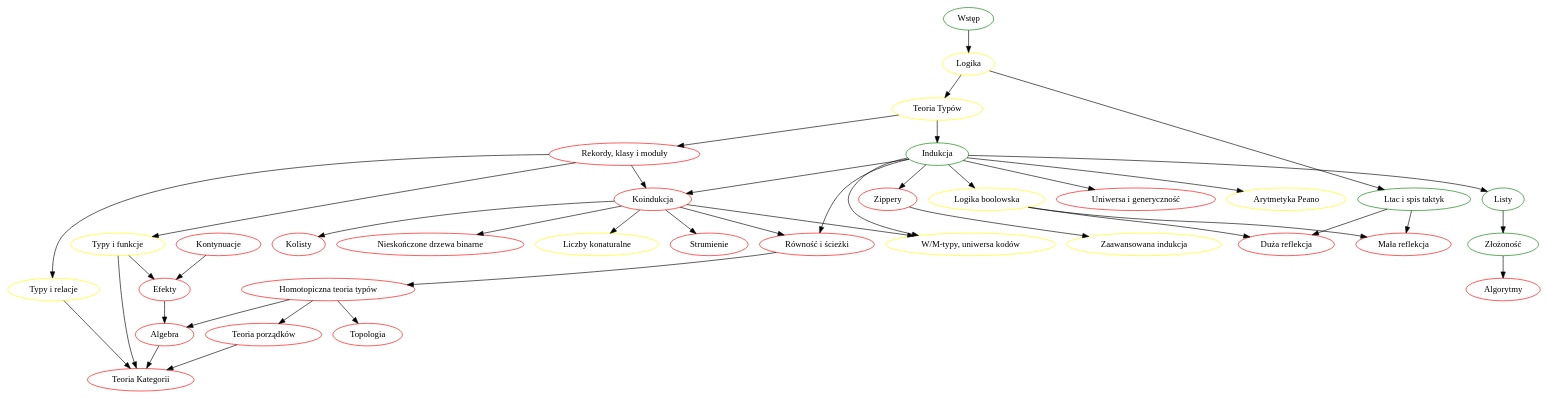
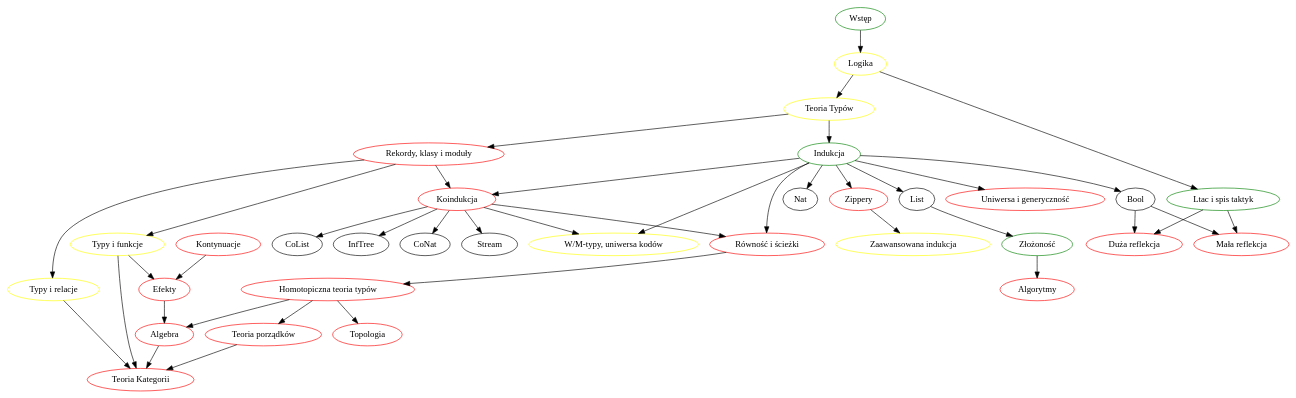
Before and after one commit to wkolowski/Typonomikon: the diagram in txt/plany/plan.dot, drawn with Graphviz. The commit also changed 29 other files, not shown here.

```diff
--- a/txt/plany/plan.dot
+++ b/txt/plany/plan.dot
@@ -1,83 +1,83 @@
 digraph
 {
   Wstęp             [label = "Wstęp", color = green]
   
   Logika            [label = "Logika", color = yellow]
   
   TeoriaTypów       [label = "Teoria Typów", color = yellow]
 
   Indukcja1         [label = "Indukcja", color = green]
   Indukcja2         [label = "Zippery", color = red]
   Indukcja3         [label = "Zaawansowana indukcja", color = yellow]
 
-  Bool              [label = "Logika boolowska", color = yellow]
-  Nat               [label = "Arytmetyka Peano", color = yellow]
-  List              [label = "Listy", color = green]
+  //Bool              [label = "Logika boolowska", color = yellow]
+  //Nat               [label = "Arytmetyka Peano", color = yellow]
+  //List              [label = "Listy", color = green]
 
   Moduły            [label = "Rekordy, klasy i moduły", color = red]
   Funkcje           [label = "Typy i funkcje", color = yellow]
   Relacje           [label = "Typy i relacje", color = yellow]
 
   Koindukcja        [label = "Koindukcja", color = red]
 
-  CoNat             [label = "Liczby konaturalne", color = yellow]
-  Stream            [label = "Strumienie", color = red]
-  CoList            [label = "Kolisty", color = red]
-  InfTree           [label = "Nieskończone drzewa binarne", color = red]
+  //CoNat             [label = "Liczby konaturalne", color = yellow]
+  //Stream            [label = "Strumienie", color = red]
+  //CoList            [label = "Kolisty", color = red]
+  //InfTree           [label = "Nieskończone drzewa binarne", color = red]
 
   WM                [label = "W/M-typy, uniwersa kodów", color = yellow]
 
   Generycznie       [label = "Uniwersa i generyczność", color = red]
 
   Ścieżki           [label = "Równość i ścieżki", color = red]
 
   Kontynuacje       [label = "Kontynuacje", color = red]
   Efekty             [label = "Efekty", color = red]
 
   Ltac              [label = "Ltac i spis taktyk", color = green]
   
   SSR               [label = "Mała reflekcja", color = red]
   BSR               [label = "Duża reflekcja", color = red]
 
   Złożoność         [label = "Złożoność", color = green]
   Algorytmy         [label = "Algorytmy", color = red]
 
   HoTT              [label = "Homotopiczna teoria typów", color = red]
   Algebra           [label = "Algebra", color = red]
   Porządki          [label = "Teoria porządków", color = red]
   Topologia         [label = "Topologia", color = red]
   Kategorie         [label = "Teoria Kategorii", color = red]
 
   
   Wstęp             -> Logika
   
   Logika            -> TeoriaTypów, Ltac
 
   TeoriaTypów       -> Indukcja1, Moduły
 
   Indukcja1         -> Indukcja2, Bool, Nat, List, Koindukcja, WM, Generycznie, Ścieżki
   Indukcja2         -> Indukcja3
 
   Moduły            -> Koindukcja, Funkcje, Relacje
 
   Koindukcja        -> CoNat, Stream, CoList, InfTree, WM, Ścieżki
 
   Ltac              -> SSR, BSR
   Bool              -> SSR, BSR
 
   Ścieżki           -> HoTT
   HoTT              -> Algebra, Porządki, Topologia
   Algebra           -> Kategorie
   Porządki          -> Kategorie
 
   Funkcje           -> Kategorie, Efekty
   Relacje           -> Kategorie
   Kontynuacje       -> Efekty
 
   Efekty            -> Algebra
 
   List              -> Złożoność
   Złożoność         -> Algorytmy
 
 
 }
```
